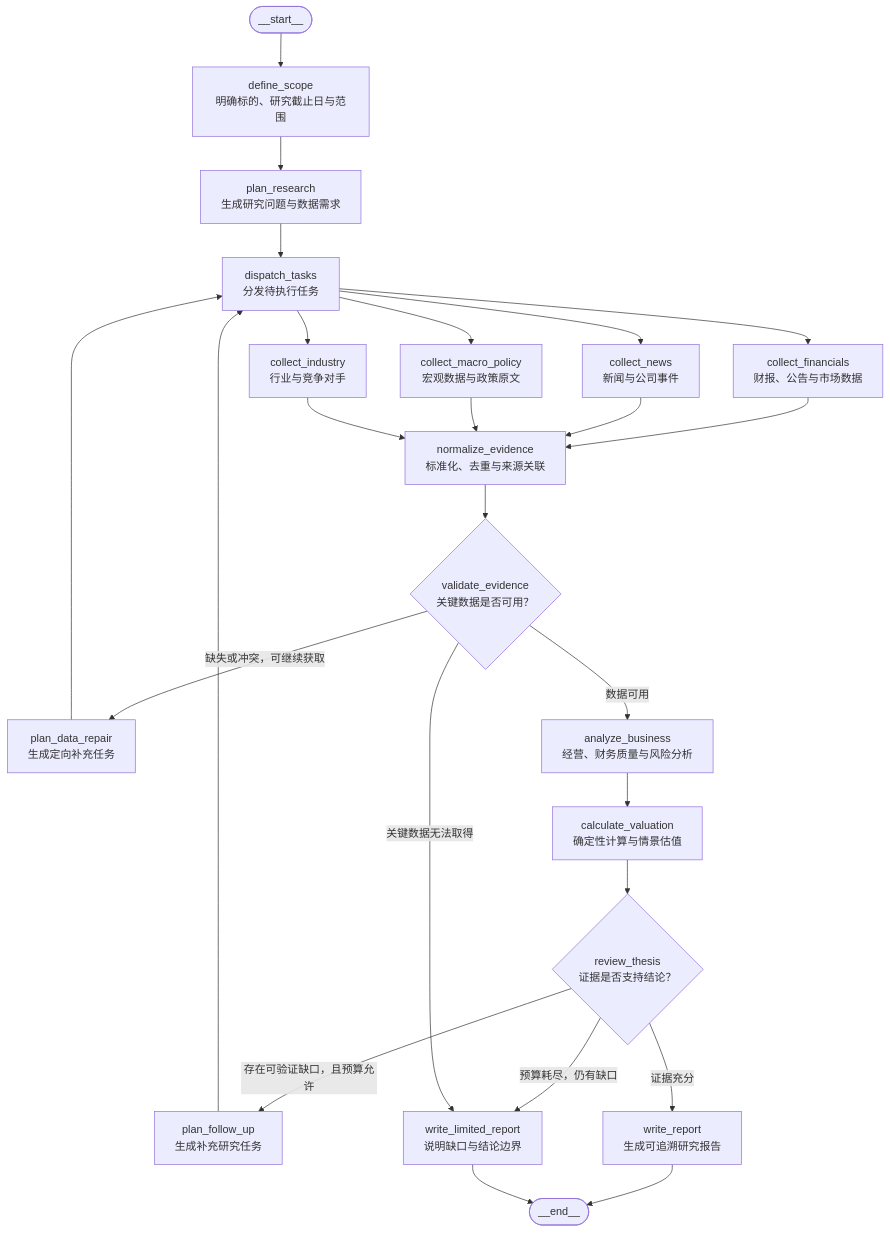
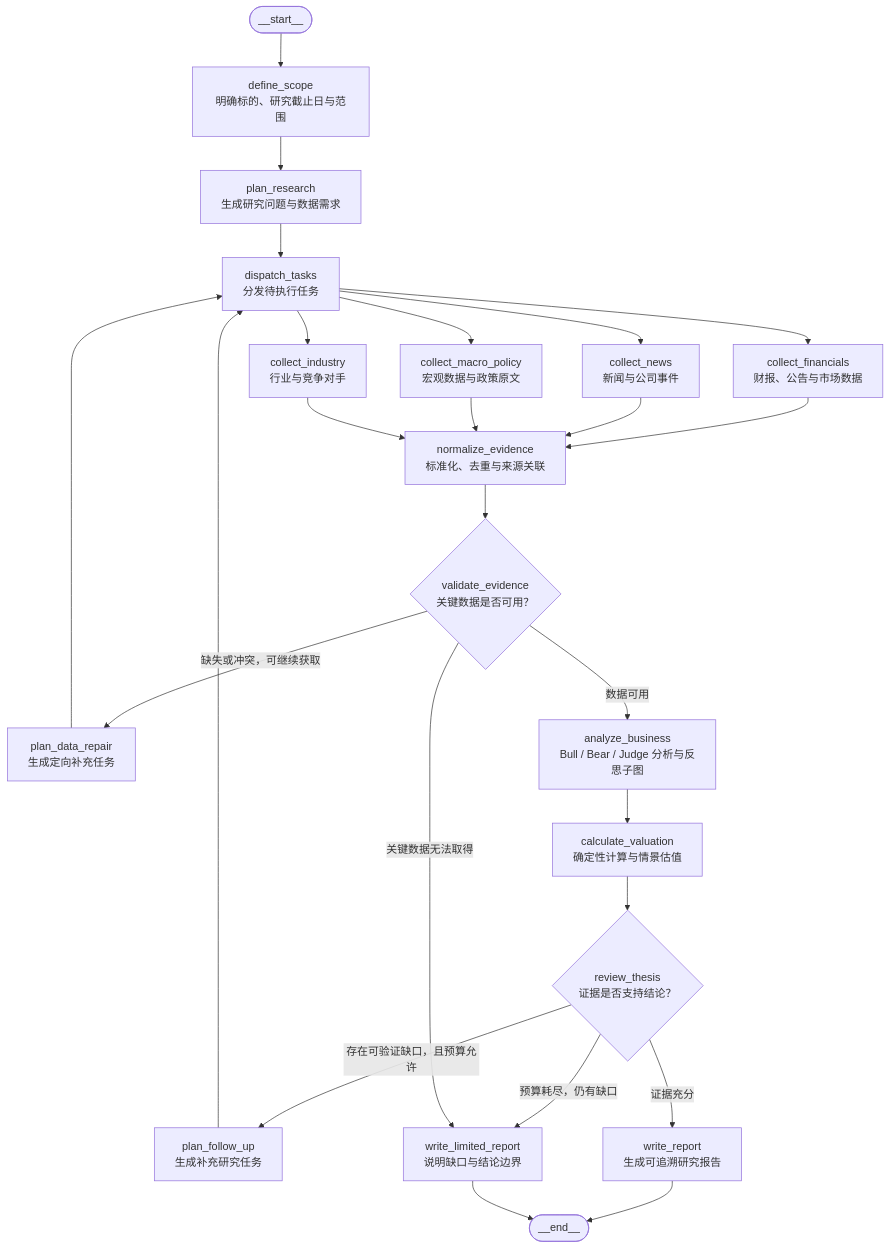
Before and after one commit to Ethanwu23/DeepValue: the first of 2 diagrams in README.md, drawn with Mermaid. The commit also changed other lines of this file and 1 other file, not shown here.

Commit message:
docs: describe Bull Bear Judge analysis subgraph

````diff
--- a/README.md
+++ b/README.md
@@ -36,36 +36,36 @@
 ```mermaid
 flowchart TD
     START(["__start__"]) --> SCOPE["define_scope<br/>明确标的、研究截止日与范围"]
     SCOPE --> PLAN["plan_research<br/>生成研究问题与数据需求"]
 
     PLAN --> DISPATCH["dispatch_tasks<br/>分发待执行任务"]
 
     DISPATCH --> FIN["collect_financials<br/>财报、公告与市场数据"]
     DISPATCH --> NEWS["collect_news<br/>新闻与公司事件"]
     DISPATCH --> MACRO["collect_macro_policy<br/>宏观数据与政策原文"]
     DISPATCH --> INDUSTRY["collect_industry<br/>行业与竞争对手"]
 
     FIN --> NORMALIZE["normalize_evidence<br/>标准化、去重与来源关联"]
     NEWS --> NORMALIZE
     MACRO --> NORMALIZE
     INDUSTRY --> NORMALIZE
 
     NORMALIZE --> VALIDATE{"validate_evidence<br/>关键数据是否可用？"}
 
     VALIDATE -->|"缺失或冲突，可继续获取"| REPAIR["plan_data_repair<br/>生成定向补充任务"]
     REPAIR --> DISPATCH
 
-    VALIDATE -->|"数据可用"| ANALYZE["analyze_business<br/>经营、财务质量与风险分析"]
+    VALIDATE -->|"数据可用"| ANALYZE["analyze_business<br/>Bull / Bear / Judge 分析与反思子图"]
     ANALYZE --> VALUE["calculate_valuation<br/>确定性计算与情景估值"]
     VALUE --> REVIEW{"review_thesis<br/>证据是否支持结论？"}
 
     REVIEW -->|"存在可验证缺口，且预算允许"| FOLLOWUP["plan_follow_up<br/>生成补充研究任务"]
     FOLLOWUP --> DISPATCH
 
     REVIEW -->|"证据充分"| REPORT["write_report<br/>生成可追溯研究报告"]
     REVIEW -->|"预算耗尽，仍有缺口"| LIMITED["write_limited_report<br/>说明缺口与结论边界"]
     VALIDATE -->|"关键数据无法取得"| LIMITED
 
     REPORT --> END(["__end__"])
     LIMITED --> END
 ```
````
